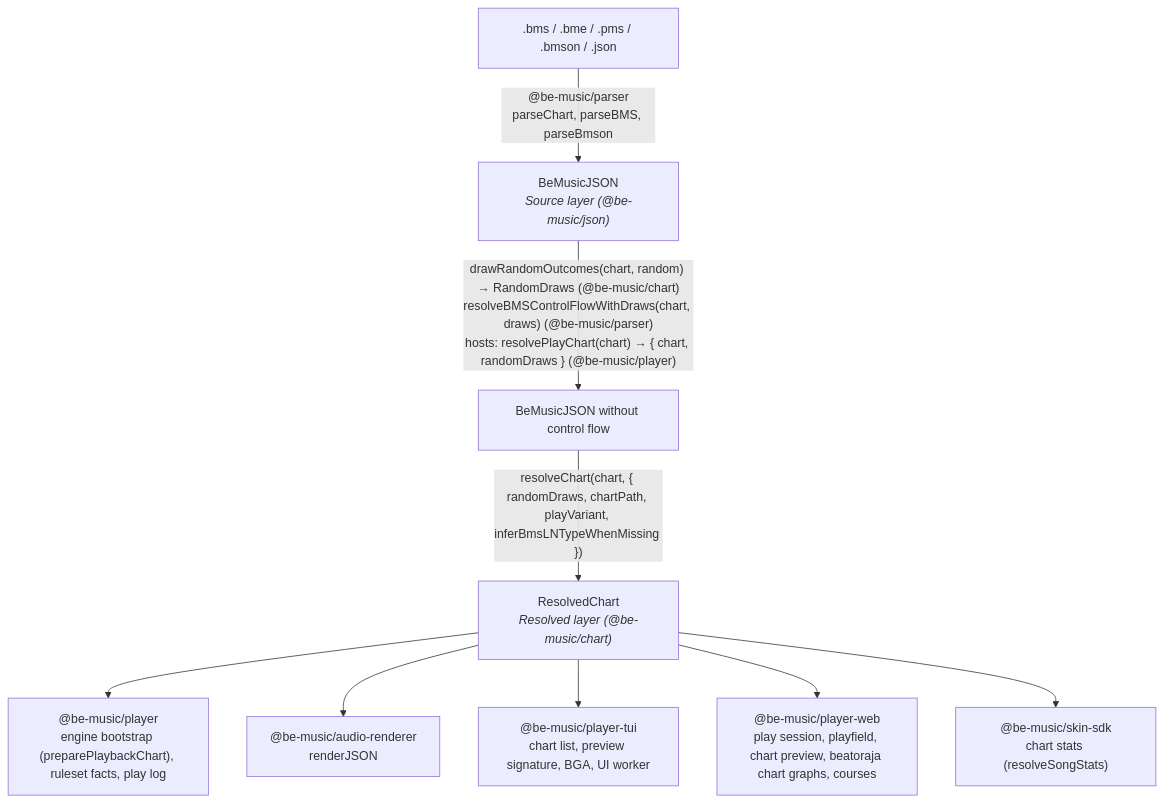
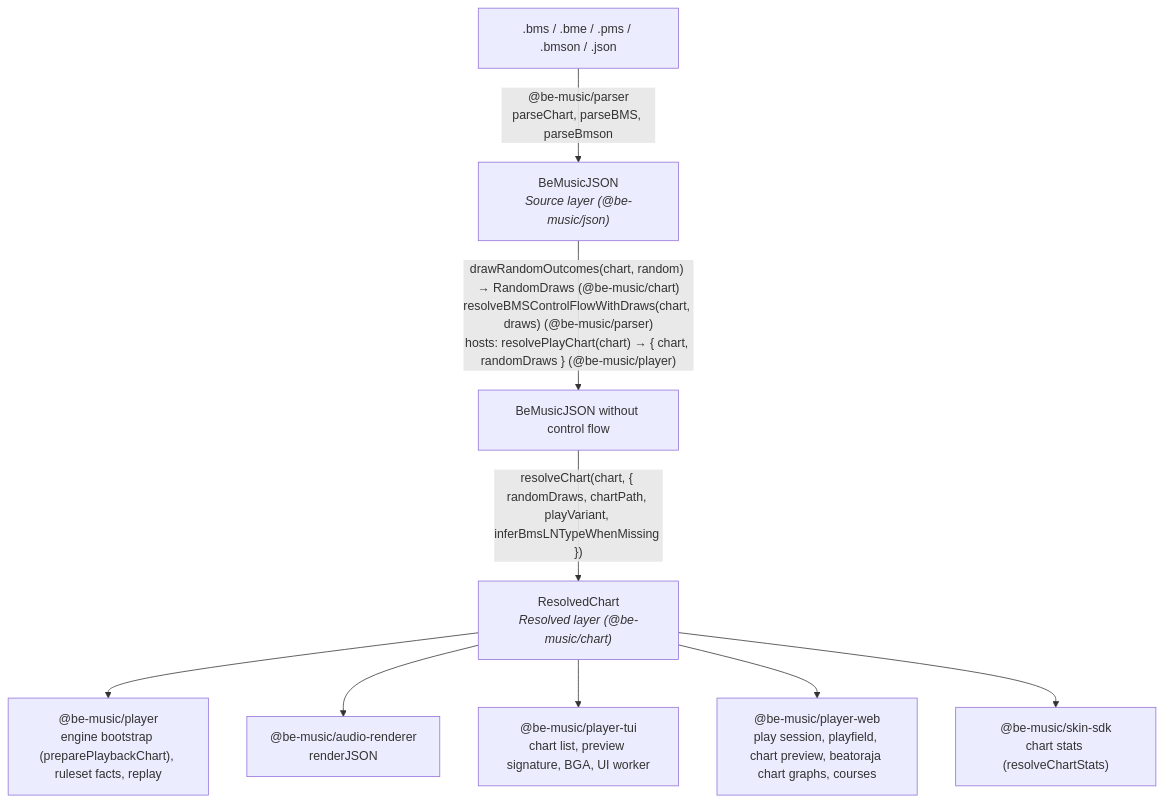
Before and after one commit to nulltask/be-music: the first of 3 diagrams in docs/architecture.md, drawn with Mermaid. The commit also changed other lines of this file and 603 other files, not shown here.

Commit message:
refactor: align chart, replay, and judgment terminology

````diff
--- a/docs/architecture.md
+++ b/docs/architecture.md
@@ -9,21 +9,21 @@
 ```mermaid
 flowchart TD
   files[".bms / .bme / .pms / .bmson / .json"]
   source["BeMusicJSON<br/><i>Source layer (@be-music/json)</i>"]
   flat["BeMusicJSON without control flow"]
   resolved["ResolvedChart<br/><i>Resolved layer (@be-music/chart)</i>"]
-  player["@be-music/player<br/>engine bootstrap (preparePlaybackChart), ruleset facts, play log"]
+  player["@be-music/player<br/>engine bootstrap (preparePlaybackChart), ruleset facts, replay"]
   renderer["@be-music/audio-renderer<br/>renderJSON"]
   tui["@be-music/player-tui<br/>chart list, preview signature, BGA, UI worker"]
   web["@be-music/player-web<br/>play session, playfield, chart preview, beatoraja chart graphs, courses"]
-  skin["@be-music/skin-sdk<br/>chart stats (resolveSongStats)"]
+  skin["@be-music/skin-sdk<br/>chart stats (resolveChartStats)"]
 
   files -->|"@be-music/parser<br/>parseChart, parseBMS, parseBmson"| source
   source -->|"drawRandomOutcomes(chart, random) → RandomDraws (@be-music/chart)<br/>resolveBMSControlFlowWithDraws(chart, draws) (@be-music/parser)<br/>hosts: resolvePlayChart(chart) → { chart, randomDraws } (@be-music/player)"| flat
   flat -->|"resolveChart(chart, { randomDraws, chartPath, playVariant, inferBmsLNTypeWhenMissing })"| resolved
   resolved --> player
   resolved --> renderer
   resolved --> tui
   resolved --> web
   resolved --> skin
 ```
````
